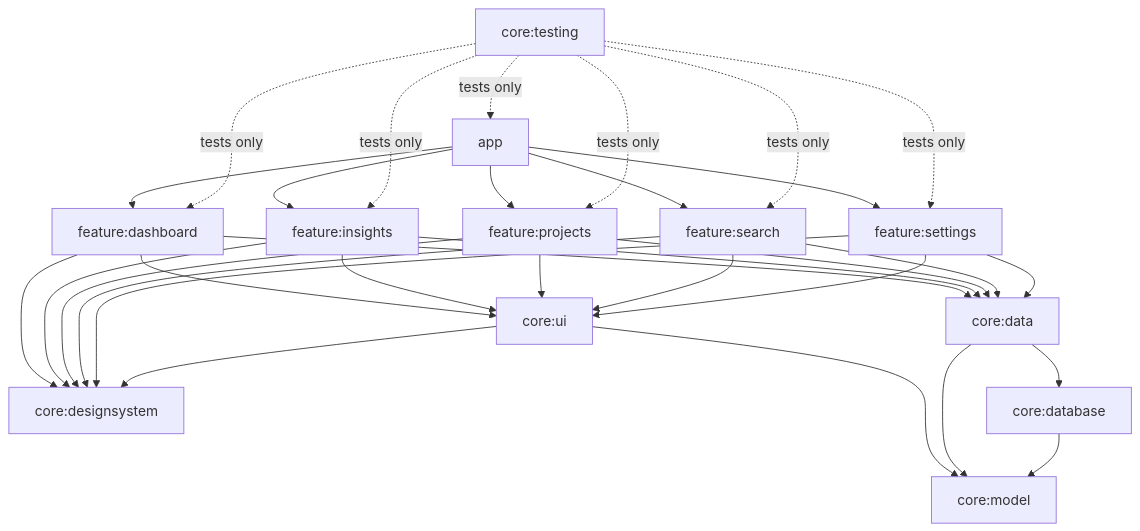
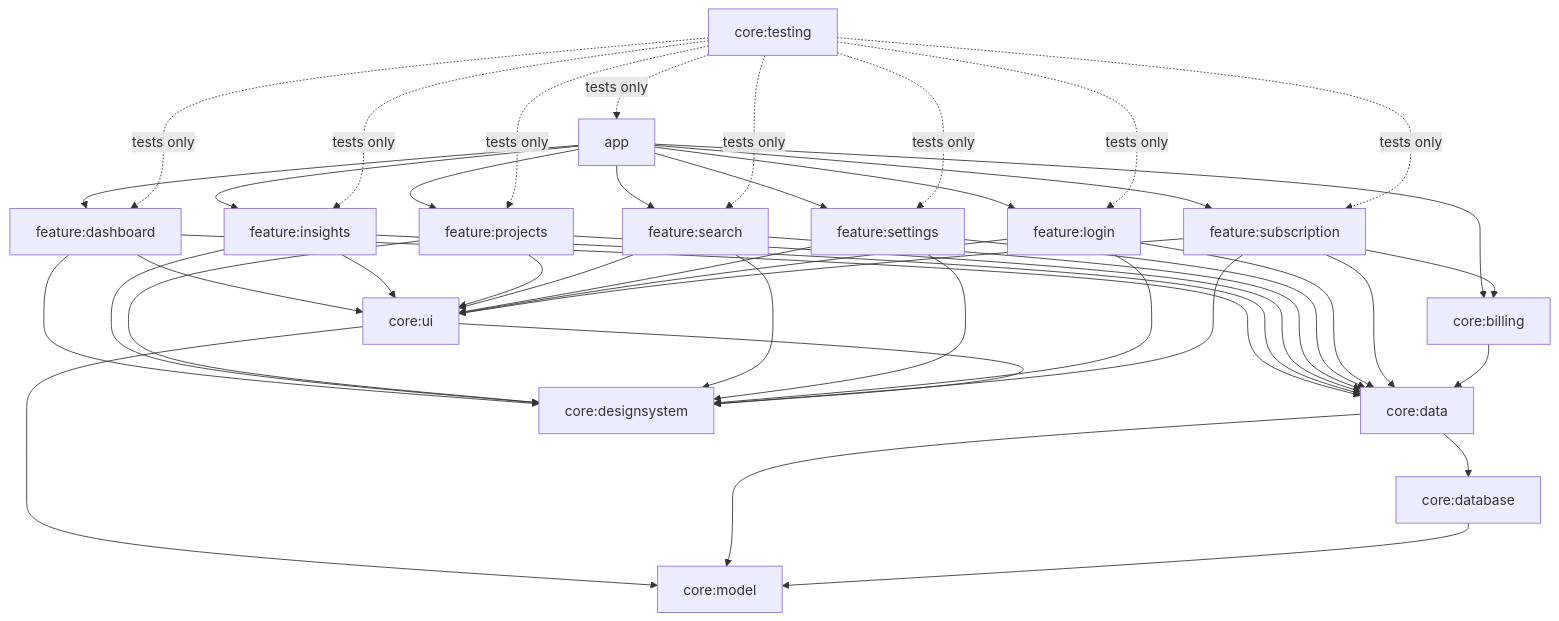
The diagram in ARCHITECTURE.md (Howtoplay-Games/Rackfolio), drawn with Mermaid before and after one commit. The commit also changed other lines of this file and 37 other files, not shown here.

````diff
--- a/ARCHITECTURE.md
+++ b/ARCHITECTURE.md
@@ -18,10 +21,12 @@
 ```mermaid
 graph TD
-  app --> fd[feature:dashboard] & fi[feature:insights] & fp[feature:projects] & fs[feature:search] & fset[feature:settings]
-  fd & fi & fp & fs & fset --> ui[core:ui] & data[core:data] & ds[core:designsystem]
+  app --> fd[feature:dashboard] & fi[feature:insights] & fp[feature:projects] & fs[feature:search] & fset[feature:settings] & fl[feature:login] & fsub[feature:subscription]
+  fd & fi & fp & fs & fset & fl & fsub --> ui[core:ui] & data[core:data] & ds[core:designsystem]
+  app & fsub --> billing[core:billing]
+  billing --> data
   ui --> ds
   ui --> model[core:model]
   data --> db[core:database] & model
   db --> model
-  testing[core:testing] -.tests only.-> fd & fi & fp & fs & fset & app
+  testing[core:testing] -.tests only.-> fd & fi & fp & fs & fset & fl & fsub & app
 ```
````
